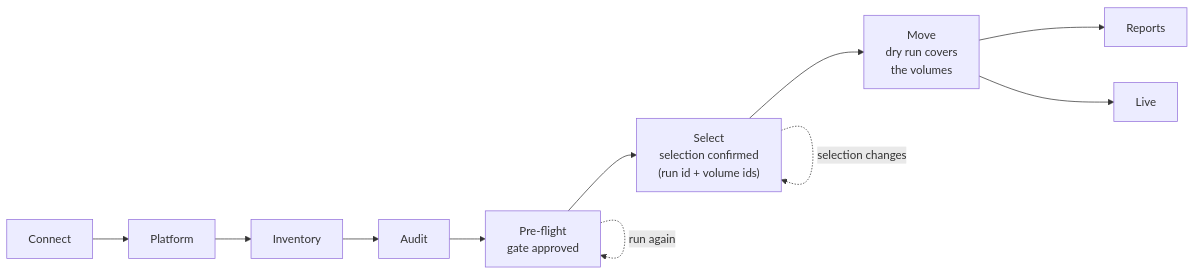
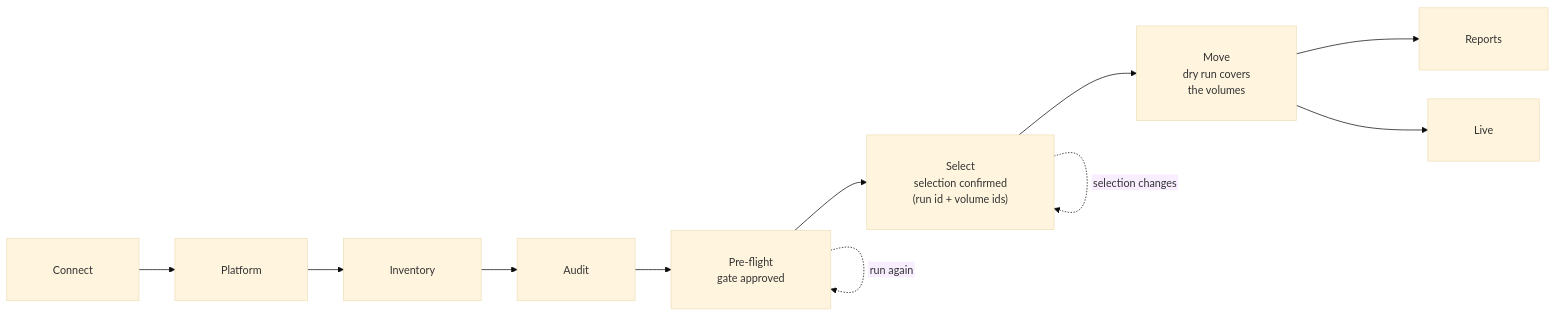
The sixth of 6 diagrams in docs/ARCHITECTURE.md (ebeauzec/OpenMove), drawn with Mermaid before and after one commit. The commit also changed other lines of this file and 65 other files, not shown here.

````diff
--- a/docs/ARCHITECTURE.md
+++ b/docs/ARCHITECTURE.md
@@ -221,9 +228,10 @@
 ```mermaid
+%%{init: {"theme": "base", "fontFamily": "Arial, Helvetica, sans-serif", "themeVariables": {"fontSize": "15px"}, "flowchart": {"htmlLabels": false, "padding": 32, "nodeSpacing": 40, "rankSpacing": 50}}}%%
 flowchart LR
     c["Connect"] --> p["Platform"] --> i["Inventory"] --> a["Audit"] --> f["Pre-flight<br/>gate approved"]
     f --> s["Select<br/>selection confirmed<br/>(run id + volume ids)"]
     s --> m["Move<br/>dry run covers<br/>the volumes"]
     m --> r["Reports"] & l["Live"]
     f -. "run again" .-> f
     s -. "selection changes" .-> s
 ```
````
